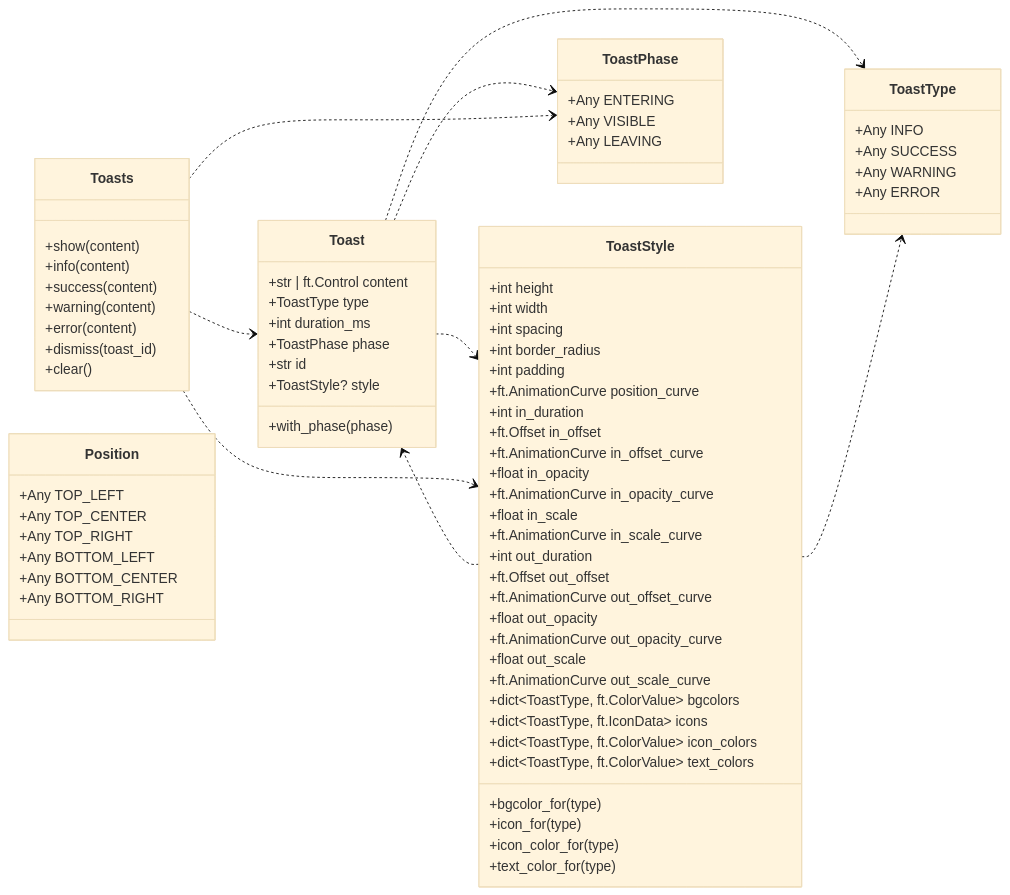
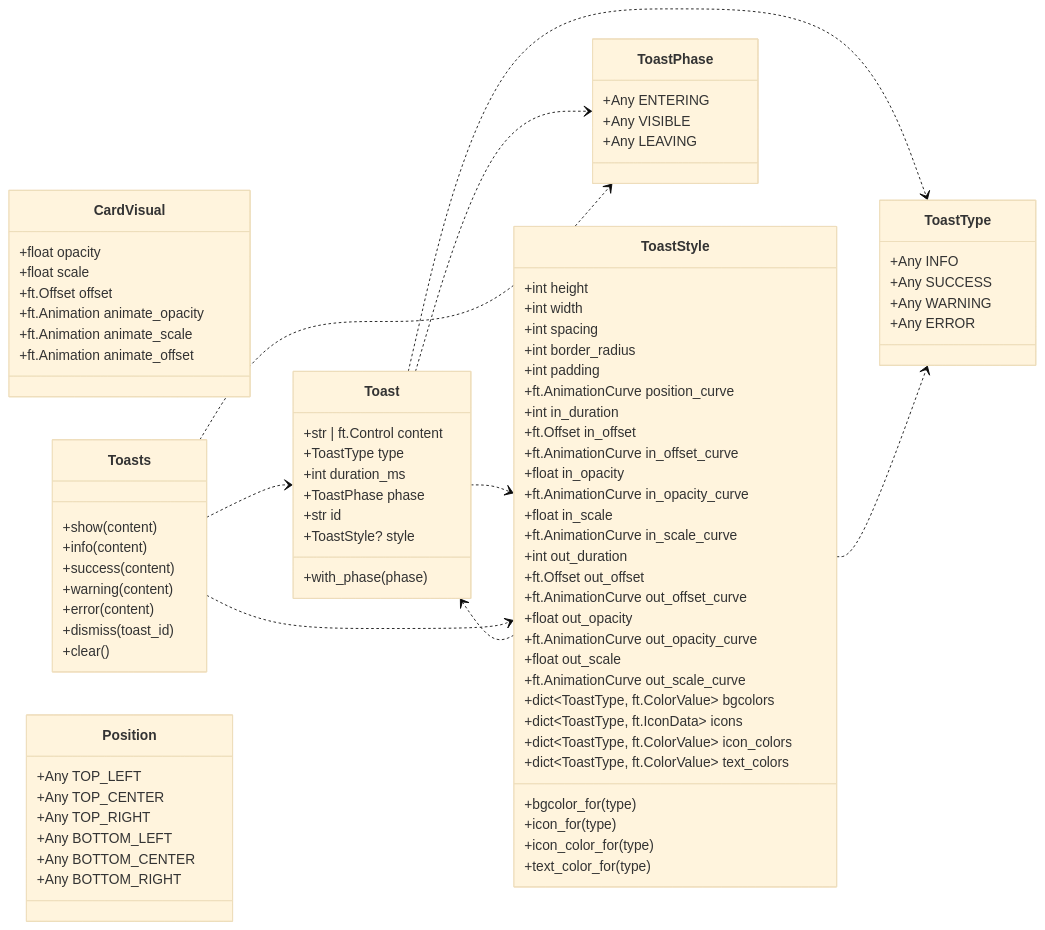
One commit to brunobrown/flet-toastify changed the diagram in docs/assets/diagrams/generated/classes.mmd. Above: the diagram before and after it, drawn with Mermaid (base theme). The commit also changed 12 other files, not shown here.

```diff
--- a/docs/assets/diagrams/generated/classes.mmd
+++ b/docs/assets/diagrams/generated/classes.mmd
@@ -1,85 +1,94 @@
 classDiagram
   direction LR
   %% flet-toastify generated architecture diagrams: classes
+
+  class CardVisual {
+    +float opacity
+    +float scale
+    +ft.Offset offset
+    +ft.Animation animate_opacity
+    +ft.Animation animate_scale
+    +ft.Animation animate_offset
+  }
 
   class Toast {
     +str | ft.Control content
     +ToastType type
     +int duration_ms
     +ToastPhase phase
     +str id
     +ToastStyle? style
     +with_phase(phase)
   }
 
   class Toasts {
     +show(content)
     +info(content)
     +success(content)
     +warning(content)
     +error(content)
     +dismiss(toast_id)
     +clear()
   }
 
   class ToastStyle {
     +int height
     +int width
     +int spacing
     +int border_radius
     +int padding
     +ft.AnimationCurve position_curve
     +int in_duration
     +ft.Offset in_offset
     +ft.AnimationCurve in_offset_curve
     +float in_opacity
     +ft.AnimationCurve in_opacity_curve
     +float in_scale
     +ft.AnimationCurve in_scale_curve
     +int out_duration
     +ft.Offset out_offset
     +ft.AnimationCurve out_offset_curve
     +float out_opacity
     +ft.AnimationCurve out_opacity_curve
     +float out_scale
     +ft.AnimationCurve out_scale_curve
     +dict~ToastType, ft.ColorValue~ bgcolors
     +dict~ToastType, ft.IconData~ icons
     +dict~ToastType, ft.ColorValue~ icon_colors
     +dict~ToastType, ft.ColorValue~ text_colors
     +bgcolor_for(type)
     +icon_for(type)
     +icon_color_for(type)
     +text_color_for(type)
   }
 
   class Position {
     +Any TOP_LEFT
     +Any TOP_CENTER
     +Any TOP_RIGHT
     +Any BOTTOM_LEFT
     +Any BOTTOM_CENTER
     +Any BOTTOM_RIGHT
   }
 
   class ToastPhase {
     +Any ENTERING
     +Any VISIBLE
     +Any LEAVING
   }
 
   class ToastType {
     +Any INFO
     +Any SUCCESS
     +Any WARNING
     +Any ERROR
   }
 
   Toast ..> ToastPhase
   Toast ..> ToastStyle
   Toast ..> ToastType
   ToastStyle ..> Toast
   ToastStyle ..> ToastType
   Toasts ..> Toast
   Toasts ..> ToastPhase
   Toasts ..> ToastStyle
```
